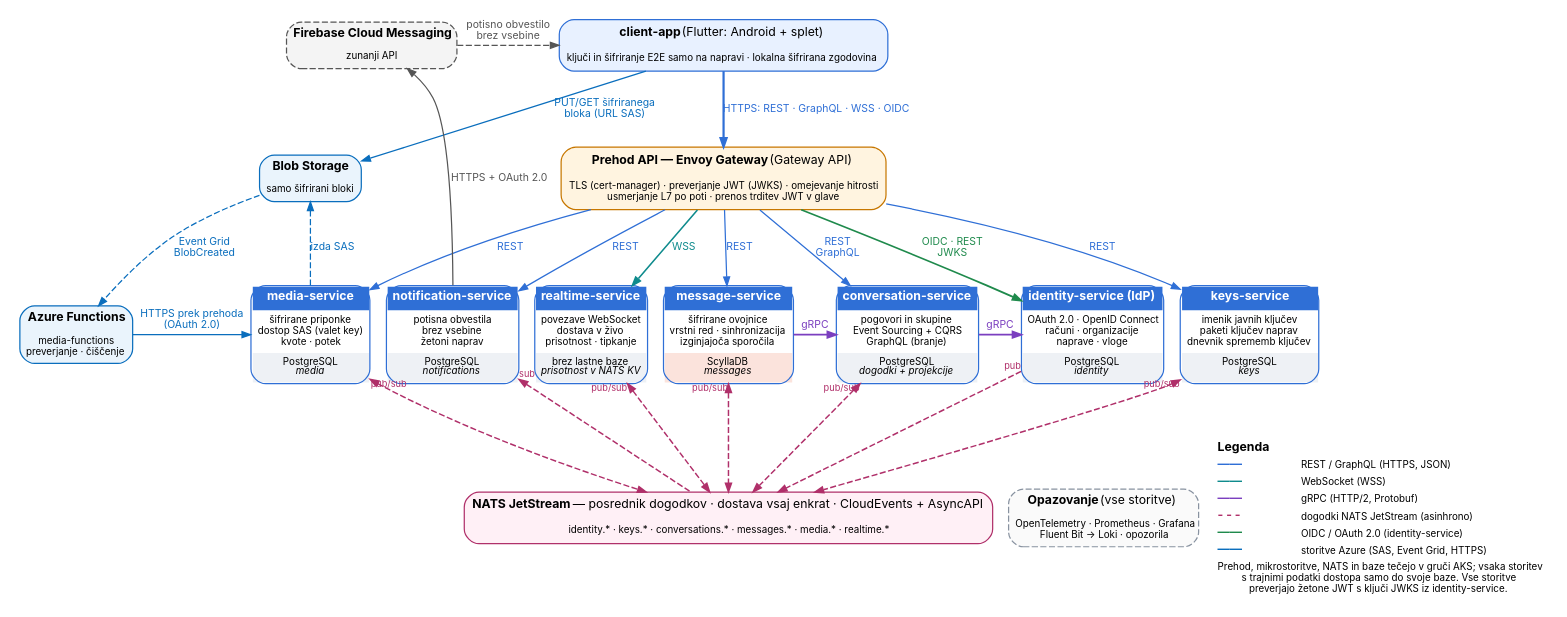
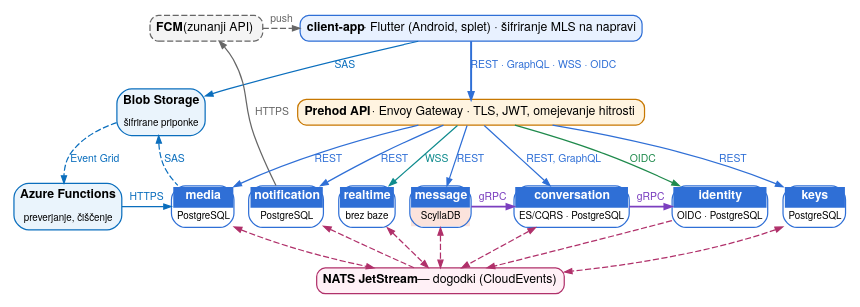
Before and after one commit to rso-ekipa13/docs: the diagram in reports/01-prijava-teme/diagrams/arhitektura.dot, drawn with Graphviz. The commit also changed 8 other files, not shown here.

```diff
--- a/reports/01-prijava-teme/diagrams/arhitektura.dot
+++ b/reports/01-prijava-teme/diagrams/arhitektura.dot
@@ -1,118 +1,71 @@
-// Šepet — začetna shema arhitekture (C4, raven vsebnikov)
+// Šepet — začetna shema arhitekture (C4, raven vsebnikov), kompaktna različica za IEEE (figure*)
 // Izris: dot -Tpdf arhitektura.dot -o arhitektura.pdf
 digraph sepet {
-  graph [rankdir=TB, splines=spline, nodesep=0.18, ranksep=0.6,
-         fontname="Inter", fontsize=11, pad=0.12];
-  node  [shape=plain, fontname="Inter", fontsize=10];
-  edge  [fontname="Inter", fontsize=8.5, color="#3c4a5c", arrowsize=0.7];
+  graph [rankdir=TB, splines=spline, nodesep=0.16, ranksep=0.42, pad=0.05,
+         fontname="TeX Gyre Heros", fontsize=10];
+  node  [shape=plain, fontname="TeX Gyre Heros", fontsize=10];
+  edge  [fontname="TeX Gyre Heros", fontsize=8.5, color="#3c4a5c", arrowsize=0.6, penwidth=1.0];
 
-  // ---------- odjemalec ----------
-  app [label=<<table border="1" cellborder="0" cellspacing="0" cellpadding="5" style="rounded" color="#2f6fd6" bgcolor="#e8f1ff">
-      <tr><td><b>client-app</b> (Flutter: Android + splet)</td></tr>
-      <tr><td><font point-size="8.5">ključi in šifriranje E2E samo na napravi · lokalna šifrirana zgodovina</font></td></tr></table>>];
+  app [label=<<table border="1" cellborder="0" cellspacing="0" cellpadding="4" style="rounded" color="#2f6fd6" bgcolor="#e8f1ff">
+    <tr><td><b>client-app</b> · Flutter (Android, splet) · šifriranje MLS na napravi</td></tr></table>>];
+  fcm [label=<<table border="1" cellborder="0" cellspacing="0" cellpadding="4" style="rounded,dashed" color="#666666" bgcolor="#f4f4f4">
+    <tr><td><b>FCM</b> (zunanji API)</td></tr></table>>];
+  gw [label=<<table border="1" cellborder="0" cellspacing="0" cellpadding="4" style="rounded" color="#c77700" bgcolor="#fff4e0">
+    <tr><td><b>Prehod API</b> · Envoy Gateway · TLS, JWT, omejevanje hitrosti</td></tr></table>>];
+  blob [label=<<table border="1" cellborder="0" cellspacing="0" cellpadding="4" style="rounded" color="#0a6ebd" bgcolor="#eaf4fc">
+    <tr><td><b>Blob Storage</b></td></tr><tr><td><font point-size="8.5">šifrirane priponke</font></td></tr></table>>];
+  func [label=<<table border="1" cellborder="0" cellspacing="0" cellpadding="4" style="rounded" color="#0a6ebd" bgcolor="#eaf4fc">
+    <tr><td><b>Azure Functions</b></td></tr><tr><td><font point-size="8.5">preverjanje, čiščenje</font></td></tr></table>>];
 
-  // ---------- rob: IAM, prehod, Azure ----------
+  identity [label=<<table border="1" cellborder="0" cellspacing="0" cellpadding="3" style="rounded" color="#2f6fd6">
+    <tr><td bgcolor="#2f6fd6"><font color="white"><b>identity</b></font></td></tr><tr><td><font point-size="8.5">OIDC · PostgreSQL</font></td></tr></table>>];
+  keys [label=<<table border="1" cellborder="0" cellspacing="0" cellpadding="3" style="rounded" color="#2f6fd6">
+    <tr><td bgcolor="#2f6fd6"><font color="white"><b>keys</b></font></td></tr><tr><td><font point-size="8.5">PostgreSQL</font></td></tr></table>>];
+  conv [label=<<table border="1" cellborder="0" cellspacing="0" cellpadding="3" style="rounded" color="#2f6fd6">
+    <tr><td bgcolor="#2f6fd6"><font color="white"><b>conversation</b></font></td></tr><tr><td><font point-size="8.5">ES/CQRS · PostgreSQL</font></td></tr></table>>];
+  msg [label=<<table border="1" cellborder="0" cellspacing="0" cellpadding="3" style="rounded" color="#2f6fd6">
+    <tr><td bgcolor="#2f6fd6"><font color="white"><b>message</b></font></td></tr><tr><td bgcolor="#fbe3dc"><font point-size="8.5">ScyllaDB</font></td></tr></table>>];
+  rt [label=<<table border="1" cellborder="0" cellspacing="0" cellpadding="3" style="rounded" color="#2f6fd6">
+    <tr><td bgcolor="#2f6fd6"><font color="white"><b>realtime</b></font></td></tr><tr><td><font point-size="8.5">brez baze</font></td></tr></table>>];
+  media [label=<<table border="1" cellborder="0" cellspacing="0" cellpadding="3" style="rounded" color="#2f6fd6">
+    <tr><td bgcolor="#2f6fd6"><font color="white"><b>media</b></font></td></tr><tr><td><font point-size="8.5">PostgreSQL</font></td></tr></table>>];
+  notif [label=<<table border="1" cellborder="0" cellspacing="0" cellpadding="3" style="rounded" color="#2f6fd6">
+    <tr><td bgcolor="#2f6fd6"><font color="white"><b>notification</b></font></td></tr><tr><td><font point-size="8.5">PostgreSQL</font></td></tr></table>>];
 
-  gw [label=<<table border="1" cellborder="0" cellspacing="0" cellpadding="5" style="rounded" color="#c77700" bgcolor="#fff4e0">
-      <tr><td><b>Prehod API — Envoy Gateway</b> (Gateway API)</td></tr>
-      <tr><td><font point-size="8.5">TLS (cert-manager) · preverjanje JWT (JWKS) · omejevanje hitrosti<br/>usmerjanje L7 po poti · prenos trditev JWT v glave</font></td></tr></table>>];
+  nats [label=<<table border="1" cellborder="0" cellspacing="0" cellpadding="4" style="rounded" color="#b0306a" bgcolor="#fff0f6">
+    <tr><td><b>NATS JetStream</b> — dogodki (CloudEvents)</td></tr></table>>];
 
-    blob [label=<<table border="1" cellborder="0" cellspacing="0" cellpadding="4" style="rounded" color="#0a6ebd" bgcolor="#eaf4fc">
-        <tr><td><b>Blob Storage</b></td></tr><tr><td><font point-size="8">samo šifrirani bloki</font></td></tr></table>>];
-    func [label=<<table border="1" cellborder="0" cellspacing="0" cellpadding="4" style="rounded" color="#0a6ebd" bgcolor="#eaf4fc">
-        <tr><td><b>Azure Functions</b></td></tr><tr><td><font point-size="8">media-functions<br/>preverjanje · čiščenje</font></td></tr></table>>];
-
-  fcm [label=<<table border="1" cellborder="0" cellspacing="0" cellpadding="4" style="rounded,dashed" color="#555555" bgcolor="#f4f4f4">
-      <tr><td><b>Firebase Cloud Messaging</b></td></tr><tr><td><font point-size="8">zunanji API</font></td></tr></table>>];
-
-  // ---------- mikrostoritve (vsaka s svojo bazo) ----------
-
-    keys [label=<<table border="1" cellborder="0" cellspacing="0" cellpadding="4" style="rounded" color="#2f6fd6" bgcolor="#ffffff">
-      <tr><td bgcolor="#2f6fd6"><font color="white"><b>keys-service</b></font></td></tr>
-      <tr><td><font point-size="8">imenik javnih ključev<br/>paketi ključev naprav<br/>dnevnik sprememb ključev</font></td></tr>
-      <tr><td bgcolor="#eef1f5"><font point-size="8">PostgreSQL<br/><i>keys</i></font></td></tr></table>>];
-    identity [label=<<table border="1" cellborder="0" cellspacing="0" cellpadding="4" style="rounded" color="#2f6fd6" bgcolor="#ffffff">
-      <tr><td bgcolor="#2f6fd6"><font color="white"><b>identity-service (IdP)</b></font></td></tr>
-      <tr><td><font point-size="8">OAuth 2.0 · OpenID Connect<br/>računi · organizacije<br/>naprave · vloge</font></td></tr>
-      <tr><td bgcolor="#eef1f5"><font point-size="8">PostgreSQL<br/><i>identity</i></font></td></tr></table>>];
-    conv [label=<<table border="1" cellborder="0" cellspacing="0" cellpadding="4" style="rounded" color="#2f6fd6" bgcolor="#ffffff">
-      <tr><td bgcolor="#2f6fd6"><font color="white"><b>conversation-service</b></font></td></tr>
-      <tr><td><font point-size="8">pogovori in skupine<br/>Event Sourcing + CQRS<br/>GraphQL (branje)</font></td></tr>
-      <tr><td bgcolor="#eef1f5"><font point-size="8">PostgreSQL<br/><i>dogodki + projekcije</i></font></td></tr></table>>];
-    msg [label=<<table border="1" cellborder="0" cellspacing="0" cellpadding="4" style="rounded" color="#2f6fd6" bgcolor="#ffffff">
-      <tr><td bgcolor="#2f6fd6"><font color="white"><b>message-service</b></font></td></tr>
-      <tr><td><font point-size="8">šifrirane ovojnice<br/>vrstni red · sinhronizacija<br/>izginjajoča sporočila</font></td></tr>
-      <tr><td bgcolor="#fbe3dc"><font point-size="8">ScyllaDB<br/><i>messages</i></font></td></tr></table>>];
-    rt [label=<<table border="1" cellborder="0" cellspacing="0" cellpadding="4" style="rounded" color="#2f6fd6" bgcolor="#ffffff">
-      <tr><td bgcolor="#2f6fd6"><font color="white"><b>realtime-service</b></font></td></tr>
-      <tr><td><font point-size="8">povezave WebSocket<br/>dostava v živo<br/>prisotnost · tipkanje</font></td></tr>
-      <tr><td bgcolor="#eef1f5"><font point-size="8">brez lastne baze<br/><i>prisotnost v NATS KV</i></font></td></tr></table>>];
-    media [label=<<table border="1" cellborder="0" cellspacing="0" cellpadding="4" style="rounded" color="#2f6fd6" bgcolor="#ffffff">
-      <tr><td bgcolor="#2f6fd6"><font color="white"><b>media-service</b></font></td></tr>
-      <tr><td><font point-size="8">šifrirane priponke<br/>dostop SAS (valet key)<br/>kvote · potek</font></td></tr>
-      <tr><td bgcolor="#eef1f5"><font point-size="8">PostgreSQL<br/><i>media</i></font></td></tr></table>>];
-    notif [label=<<table border="1" cellborder="0" cellspacing="0" cellpadding="4" style="rounded" color="#2f6fd6" bgcolor="#ffffff">
-      <tr><td bgcolor="#2f6fd6"><font color="white"><b>notification-service</b></font></td></tr>
-      <tr><td><font point-size="8">potisna obvestila<br/>brez vsebine<br/>žetoni naprav</font></td></tr>
-      <tr><td bgcolor="#eef1f5"><font point-size="8">PostgreSQL<br/><i>notifications</i></font></td></tr></table>>];
-
-    nats [label=<<table border="1" cellborder="0" cellspacing="0" cellpadding="5" style="rounded" color="#b0306a" bgcolor="#fff0f6">
-      <tr><td><b>NATS JetStream</b> — posrednik dogodkov · dostava vsaj enkrat · CloudEvents + AsyncAPI</td></tr>
-      <tr><td><font point-size="8.5">identity.* · keys.* · conversations.* · messages.* · media.* · realtime.*</font></td></tr></table>>];
-
-  obs [label=<<table border="1" cellborder="0" cellspacing="0" cellpadding="4" style="rounded,dashed" color="#8892a0" bgcolor="#fafafa">
-      <tr><td><b>Opazovanje</b> (vse storitve)</td></tr>
-      <tr><td><font point-size="8">OpenTelemetry · Prometheus · Grafana<br/>Fluent Bit → Loki · opozorila</font></td></tr></table>>];
-
-  legend [label=<<table border="0" cellborder="0" cellspacing="1" cellpadding="1">
-      <tr><td align="left" colspan="2"><b>Legenda</b></td></tr>
-      <tr><td align="left"><font color="#2f6fd6"><b>——</b></font></td><td align="left"><font point-size="8.5">REST / GraphQL (HTTPS, JSON)</font></td></tr>
-      <tr><td align="left"><font color="#0f8b8d"><b>——</b></font></td><td align="left"><font point-size="8.5">WebSocket (WSS)</font></td></tr>
-      <tr><td align="left"><font color="#7b3fbf"><b>——</b></font></td><td align="left"><font point-size="8.5">gRPC (HTTP/2, Protobuf)</font></td></tr>
-      <tr><td align="left"><font color="#b0306a"><b>- - -</b></font></td><td align="left"><font point-size="8.5">dogodki NATS JetStream (asinhrono)</font></td></tr>
-      <tr><td align="left"><font color="#1f8a4c"><b>——</b></font></td><td align="left"><font point-size="8.5">OIDC / OAuth 2.0 (identity-service)</font></td></tr>
-      <tr><td align="left"><font color="#0a6ebd"><b>——</b></font></td><td align="left"><font point-size="8.5">storitve Azure (SAS, Event Grid, HTTPS)</font></td></tr>
-      <tr><td align="left" colspan="2"><font point-size="8">Prehod, mikrostoritve, NATS in baze tečejo v gruči AKS; vsaka storitev<br/>s trajnimi podatki dostopa samo do svoje baze. Vse storitve<br/>preverjajo žetone JWT s ključi JWKS iz identity-service.</font></td></tr>
-    </table>>];
-
-  // ---------- razporeditev ----------
   { rank=same; fcm; app; }
   fcm -> app [style=invis];
   { rank=same; func; media; notif; rt; msg; conv; identity; keys; }
-  { rank=same; nats; obs; legend; }
-  gw  [ordering=out];
-  app [ordering=out];
+  gw [ordering=out];
 
-  // ---------- odjemalec ----------
-  app -> blob [label=" PUT/GET šifriranega\n bloka (URL SAS)", color="#0a6ebd", fontcolor="#0a6ebd"];
-  app -> gw  [label=" HTTPS: REST · GraphQL · WSS · OIDC", color="#2f6fd6", fontcolor="#2f6fd6", penwidth=1.8];
+  app -> blob [label="SAS", color="#0a6ebd", fontcolor="#0a6ebd"];
+  app -> gw   [label="REST · GraphQL · WSS · OIDC", color="#2f6fd6", fontcolor="#2f6fd6", penwidth=1.6];
+  fcm -> app  [label="push", color="#666666", fontcolor="#666666", style=dashed, constraint=false];
 
-  // ---------- prehod -> storitve ----------
   gw -> func [style=invis];
   gw -> media    [label="REST", color="#2f6fd6", fontcolor="#2f6fd6"];
   gw -> notif    [label="REST", color="#2f6fd6", fontcolor="#2f6fd6"];
-  gw -> rt       [label="WSS", color="#0f8b8d", fontcolor="#0f8b8d", penwidth=1.3];
+  gw -> rt       [label="WSS", color="#0f8b8d", fontcolor="#0f8b8d"];
   gw -> msg      [label="REST", color="#2f6fd6", fontcolor="#2f6fd6"];
-  gw -> conv     [label="REST\nGraphQL", color="#2f6fd6", fontcolor="#2f6fd6"];
-  gw -> identity [label="OIDC · REST\nJWKS", color="#1f8a4c", fontcolor="#1f8a4c", penwidth=1.4];
+  gw -> conv     [label="REST, GraphQL", color="#2f6fd6", fontcolor="#2f6fd6"];
+  gw -> identity [label="OIDC", color="#1f8a4c", fontcolor="#1f8a4c"];
   gw -> keys     [label="REST", color="#2f6fd6", fontcolor="#2f6fd6"];
 
-  // ---------- sinhrono med storitvami ----------
-  conv -> identity [label="gRPC", color="#7b3fbf", fontcolor="#7b3fbf", penwidth=1.5, constraint=false];
-  msg  -> conv     [label="gRPC", color="#7b3fbf", fontcolor="#7b3fbf", penwidth=1.5, constraint=false];
-  fcm -> notif     [label="HTTPS + OAuth 2.0", color="#555555", fontcolor="#555555", dir=back];
-  blob -> media    [label="izda SAS", color="#0a6ebd", fontcolor="#0a6ebd", style=dashed, dir=back];
-  blob -> func     [label="Event Grid\nBlobCreated", color="#0a6ebd", fontcolor="#0a6ebd", style=dashed];
-  func -> media    [label="HTTPS prek prehoda\n(OAuth 2.0)", color="#0a6ebd", fontcolor="#0a6ebd", constraint=false];
-  fcm -> app       [label="potisno obvestilo\nbrez vsebine", color="#555555", fontcolor="#555555", style=dashed, constraint=false];
+  msg  -> conv     [label="gRPC", color="#7b3fbf", fontcolor="#7b3fbf", penwidth=1.4, constraint=false];
+  conv -> identity [label="gRPC", color="#7b3fbf", fontcolor="#7b3fbf", penwidth=1.4, constraint=false];
+  fcm -> notif     [label="HTTPS", color="#666666", fontcolor="#666666", dir=back];
+  blob -> media    [label="SAS", color="#0a6ebd", fontcolor="#0a6ebd", style=dashed, dir=back];
+  blob -> func     [label="Event Grid", color="#0a6ebd", fontcolor="#0a6ebd", style=dashed];
+  func -> media    [label="HTTPS", color="#0a6ebd", fontcolor="#0a6ebd", constraint=false];
 
-  // ---------- dogodki ----------
-  edge [color="#b0306a", fontcolor="#b0306a", style=dashed, penwidth=1.2, labelfontsize=7.5];
-  keys     -> nats [dir=both, taillabel="pub/sub"];
-  identity -> nats [taillabel="pub"];
-  conv     -> nats [dir=both, taillabel="pub/sub"];
-  msg      -> nats [dir=both, taillabel="pub/sub"];
-  rt       -> nats [dir=both, taillabel="pub/sub"];
-  media    -> nats [dir=both, taillabel="pub/sub"];
-  notif    -> nats [dir=back, taillabel="sub"];
+  edge [color="#b0306a", style=dashed, arrowhead=normal, penwidth=1.0];
+  keys     -> nats [dir=both];
+  identity -> nats;
+  conv     -> nats [dir=both];
+  msg      -> nats [dir=both];
+  rt       -> nats [dir=both];
+  media    -> nats [dir=both];
+  notif    -> nats [dir=back];
 }
```
